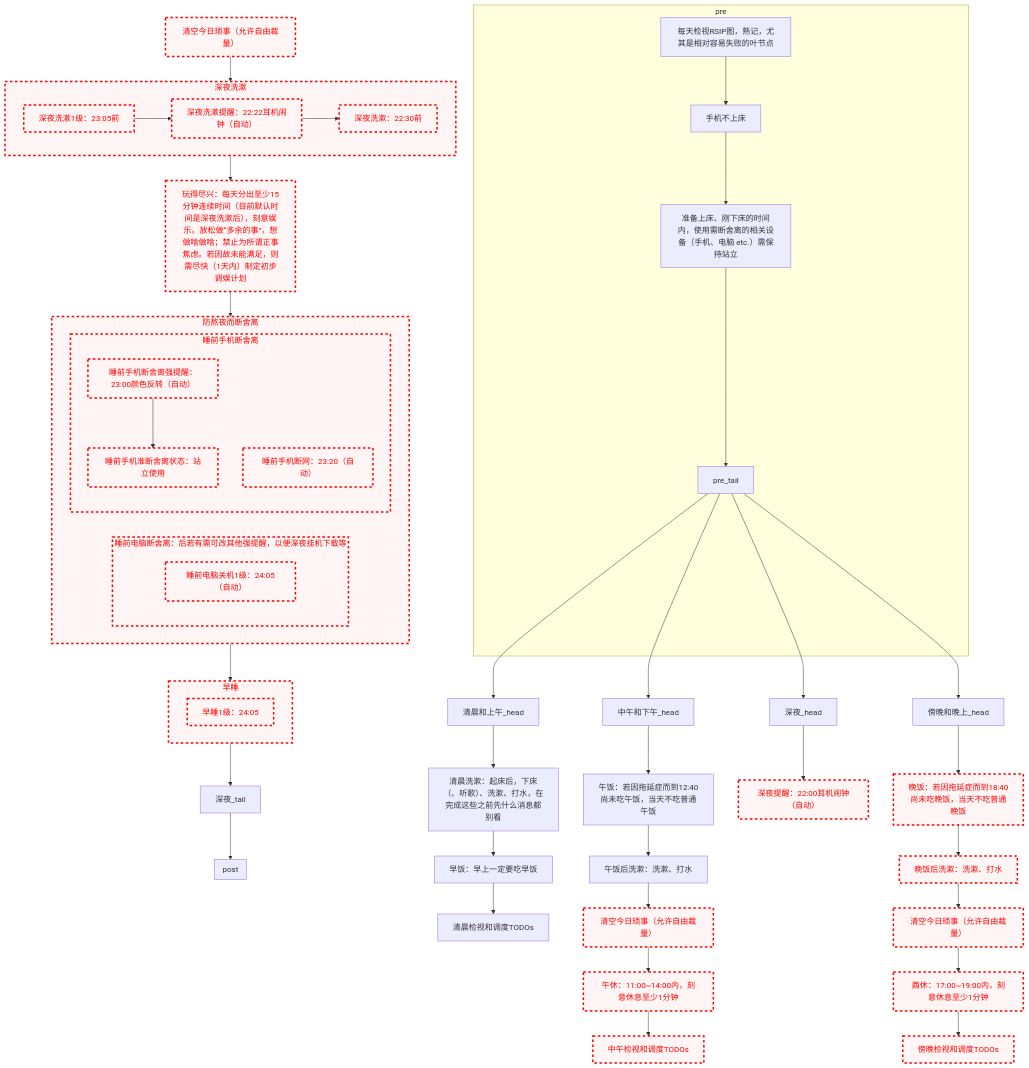
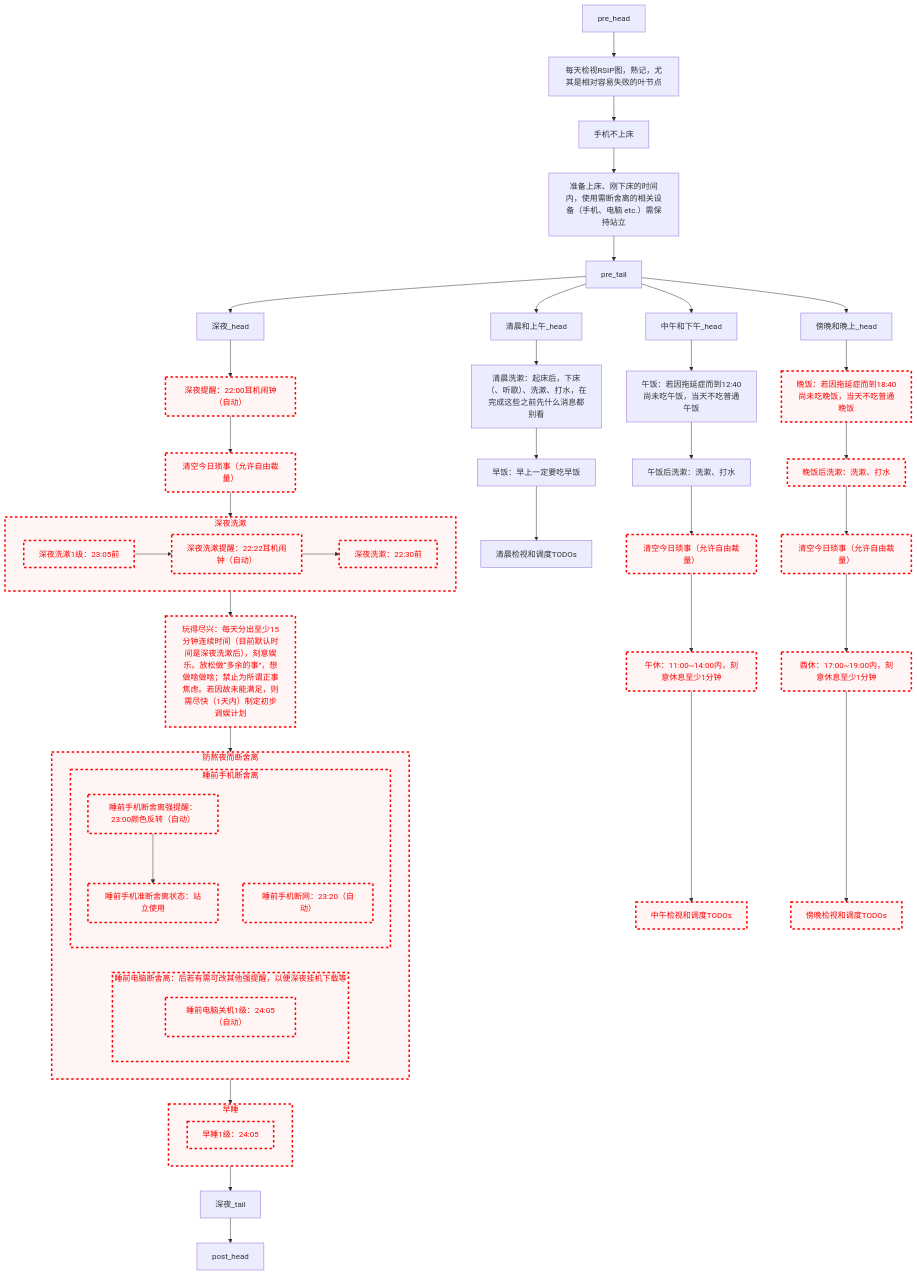
The diagram in README.md (Ethkuil/RSIP-tree), drawn with Mermaid before and after one commit.

Commit message:
尝试使用dummy节点代替subgraph连接

````diff
--- a/README.md
+++ b/README.md
@@ -23,89 +23,87 @@
 
 classDef failed stroke:#ff0000, stroke-width:3px, color:#ff0000, fill:#fff5f5, stroke-dasharray: 5
 
-subgraph pre
-  RSIP[每天检视RSIP图，熟记，尤其是相对容易失败的叶节点]
-  RSIP --> 手机不上床
-  手机不上床 --> 站立使用[准备上床、刚下床的时间内，使用需断舍离的相关设备（手机、电脑 etc.）需保持站立]
-  站立使用 --> pre_tail
-end
+pre_head --> RSIP[每天检视RSIP图，熟记，尤其是相对容易失败的叶节点]
+RSIP --> 手机不上床
+手机不上床 --> 站立使用[准备上床、刚下床的时间内，使用需断舍离的相关设备（手机、电脑 etc.）需保持站立]
+站立使用 --> pre_tail
 
 
 pre_tail --> 清晨和上午_head
-  清晨和上午_head --> 清晨洗漱
-  清晨洗漱[清晨洗漱：起床后，下床（、听歌）、洗漱、打水，在完成这些之前先什么消息都别看]
-  清晨洗漱 --> 早饭[早饭：早上一定要吃早饭]
-  早饭 --> 清晨看TODO[清晨检视和调度TODOs]
+清晨和上午_head --> 清晨洗漱
+清晨洗漱[清晨洗漱：起床后，下床（、听歌）、洗漱、打水，在完成这些之前先什么消息都别看]
+清晨洗漱 --> 早饭[早饭：早上一定要吃早饭]
+早饭 --> 清晨看TODO[清晨检视和调度TODOs]
+
 
 pre_tail --> 中午和下午_head
-  中午和下午_head --> 午饭[午饭：若因拖延症而到12:40尚未吃午饭，当天不吃普通午饭]
-  午饭 --> 午饭后洗漱[午饭后洗漱：洗漱、打水]
-  午饭后洗漱 --> 中午今日琐事[清空今日琐事（允许自由裁量）]
-  class 中午今日琐事 failed
-  中午今日琐事 --> 午休[午休：11:00~14:00内，刻意休息至少1分钟]
-  class 午休 failed
-  午休 --> 中午看TODO[中午检视和调度TODOs]
-  class 中午看TODO failed
+中午和下午_head --> 午饭[午饭：若因拖延症而到12:40尚未吃午饭，当天不吃普通午饭]
+午饭 --> 午饭后洗漱[午饭后洗漱：洗漱、打水]
+午饭后洗漱 --> 中午今日琐事[清空今日琐事（允许自由裁量）]
+class 中午今日琐事 failed
+中午今日琐事 --> 午休[午休：11:00~14:00内，刻意休息至少1分钟]
+class 午休 failed
+午休 --> 中午看TODO[中午检视和调度TODOs]
+class 中午看TODO failed
 
 
 pre_tail --> 傍晚和晚上_head
-  傍晚和晚上_head --> 晚饭[晚饭：若因拖延症而到18:40尚未吃晚饭，当天不吃普通晚饭]
-  class 晚饭 failed
-  晚饭 --> 晚饭后洗漱[晚饭后洗漱：洗漱、打水]
-  class 晚饭后洗漱 failed
-  晚饭后洗漱 --> 傍晚今日琐事[清空今日琐事（允许自由裁量）]
-  class 傍晚今日琐事 failed
-  傍晚今日琐事 --> 酉休[酉休：17:00~19:00内，刻意休息至少1分钟]
-  class 酉休 failed
-  酉休 --> 傍晚看TODO[傍晚检视和调度TODOs]
-  class 傍晚看TODO failed
+傍晚和晚上_head --> 晚饭[晚饭：若因拖延症而到18:40尚未吃晚饭，当天不吃普通晚饭]
+class 晚饭 failed
+晚饭 --> 晚饭后洗漱[晚饭后洗漱：洗漱、打水]
+class 晚饭后洗漱 failed
+晚饭后洗漱 --> 傍晚今日琐事[清空今日琐事（允许自由裁量）]
+class 傍晚今日琐事 failed
+傍晚今日琐事 --> 酉休[酉休：17:00~19:00内，刻意休息至少1分钟]
+class 酉休 failed
+酉休 --> 傍晚看TODO[傍晚检视和调度TODOs]
+class 傍晚看TODO failed
 
 pre_tail --> 深夜_head
-  深夜_head --> 深夜提醒[深夜提醒：22:00耳机闹钟（自动）]
-  class 深夜提醒 failed
-  深夜今日琐事[清空今日琐事（允许自由裁量）]
-  class 深夜今日琐事 failed
-  深夜今日琐事 --> 深夜洗漱
-  subgraph 深夜洗漱
-    深夜洗漱1级[深夜洗漱1级：23:05前]
-    class 深夜洗漱1级 failed
-    深夜洗漱1级 --> 深夜洗漱提醒[深夜洗漱提醒：22:22耳机闹钟（自动）]
-    class 深夜洗漱提醒 failed
-    深夜洗漱提醒 --> 深夜洗漱最高级[深夜洗漱：22:30前]
-    class 深夜洗漱最高级 failed
+深夜_head --> 深夜提醒[深夜提醒：22:00耳机闹钟（自动）]
+class 深夜提醒 failed
+深夜提醒 --> 深夜今日琐事[清空今日琐事（允许自由裁量）]
+class 深夜今日琐事 failed
+深夜今日琐事 --> 深夜洗漱
+subgraph 深夜洗漱
+  深夜洗漱1级[深夜洗漱1级：23:05前]
+  class 深夜洗漱1级 failed
+  深夜洗漱1级 --> 深夜洗漱提醒[深夜洗漱提醒：22:22耳机闹钟（自动）]
+  class 深夜洗漱提醒 failed
+  深夜洗漱提醒 --> 深夜洗漱最高级[深夜洗漱：22:30前]
+  class 深夜洗漱最高级 failed
+end
+class 深夜洗漱 failed
+深夜洗漱 --> 玩得尽兴[玩得尽兴：每天分出至少15分钟连续时间（目前默认时间是深夜洗漱后），刻意娱乐。放松做“多余的事”，想做啥做啥；禁止为所谓正事焦虑。若因故未能满足，则需尽快（1天内）制定初步调娱计划]
+class 玩得尽兴 failed
+
+玩得尽兴 --> 防熬夜而断舍离
+subgraph 防熬夜而断舍离
+  subgraph 睡前电脑断舍离[睡前电脑断舍离：后若有需可改其他强提醒，以便深夜挂机下载等]
+    睡前电脑关机1级[睡前电脑关机1级：24:05（自动）]
+    class 睡前电脑关机1级 failed
   end
-  class 深夜洗漱 failed
-  深夜洗漱 --> 玩得尽兴[玩得尽兴：每天分出至少15分钟连续时间（目前默认时间是深夜洗漱后），刻意娱乐。放松做“多余的事”，想做啥做啥；禁止为所谓正事焦虑。若因故未能满足，则需尽快（1天内）制定初步调娱计划]
-  class 玩得尽兴 failed
+  class 睡前电脑断舍离 failed
 
-  玩得尽兴 --> 防熬夜而断舍离
-  subgraph 防熬夜而断舍离
-    subgraph 睡前电脑断舍离[睡前电脑断舍离：后若有需可改其他强提醒，以便深夜挂机下载等]
-      睡前电脑关机1级[睡前电脑关机1级：24:05（自动）]
-      class 睡前电脑关机1级 failed
-    end
-    class 睡前电脑断舍离 failed
+  subgraph 睡前手机断舍离
+    睡前手机断舍离强提醒[睡前手机断舍离强提醒：23:00颜色反转（自动）]
+    class 睡前手机断舍离强提醒 failed
+    睡前手机断舍离强提醒 --> 睡前手机准断舍离状态[睡前手机准断舍离状态：站立使用]
+    class 睡前手机准断舍离状态 failed
+    睡前手机断网[睡前手机断网：23:20（自动）]
+    class 睡前手机断网 failed
+  end
+  class 睡前手机断舍离 failed
+end
+class 防熬夜而断舍离 failed
+防熬夜而断舍离 --> 早睡
+subgraph 早睡
+  早睡1级[早睡1级：24:05]
+  class 早睡1级 failed
+end
+class 早睡 failed
+早睡 --> 深夜_tail
 
-    subgraph 睡前手机断舍离
-      睡前手机断舍离强提醒[睡前手机断舍离强提醒：23:00颜色反转（自动）]
-      class 睡前手机断舍离强提醒 failed
-      睡前手机断舍离强提醒 --> 睡前手机准断舍离状态[睡前手机准断舍离状态：站立使用]
-      class 睡前手机准断舍离状态 failed
-      睡前手机断网[睡前手机断网：23:20（自动）]
-      class 睡前手机断网 failed
-    end
-    class 睡前手机断舍离 failed
-  end
-  class 防熬夜而断舍离 failed
-  防熬夜而断舍离 --> 早睡
-  subgraph 早睡
-    早睡1级[早睡1级：24:05]
-    class 早睡1级 failed
-  end
-  class 早睡 failed
-  早睡 --> 深夜_tail
+深夜_tail --> post_head
 
-深夜_tail --> post
-subgraph post
-end
 ```
````
